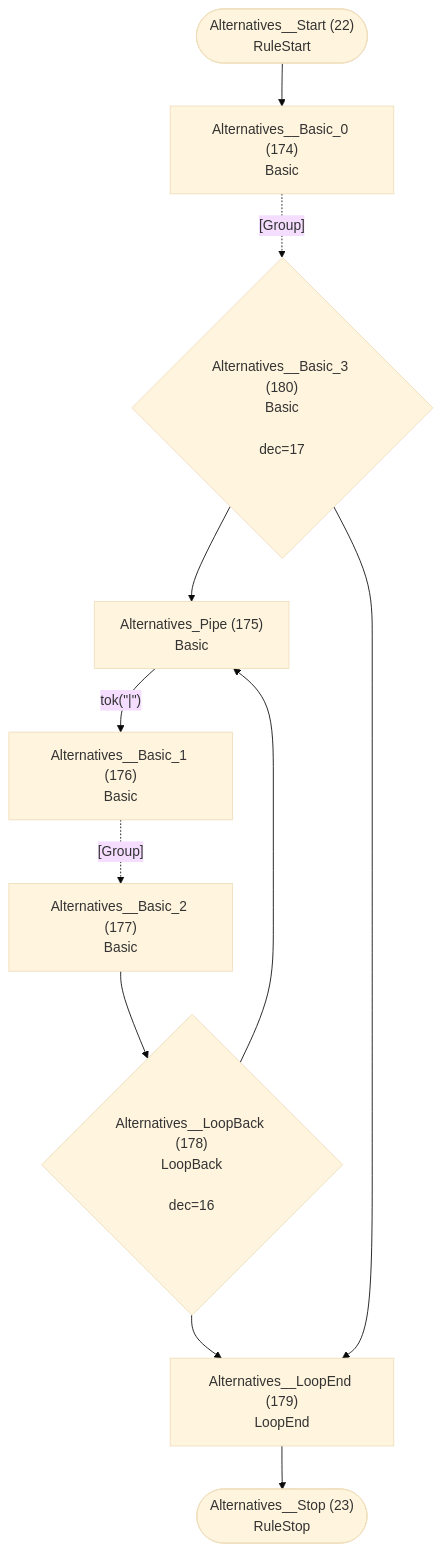
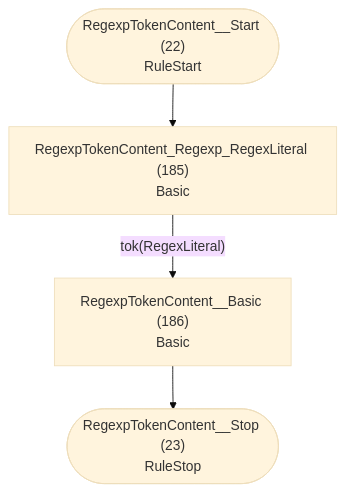
Diagram 12 of 40 in internal/grammar/atn.md (TypeFox/fastbelt), drawn with Mermaid (base theme) before and after one commit. The commit also changed other lines of this file and 84 other files, not shown here.

````diff
--- a/internal/grammar/atn.md
+++ b/internal/grammar/atn.md
@@ -371,23 +348,11 @@
 ```mermaid
 flowchart TD
-    q22(["Alternatives__Start (22)<br/>RuleStart"])
-    q23(["Alternatives__Stop (23)<br/>RuleStop"])
-    q174["Alternatives__Basic_0 (174)<br/>Basic<br/>"]
-    q175["Alternatives_Pipe (175)<br/>Basic<br/>"]
-    q176["Alternatives__Basic_1 (176)<br/>Basic<br/>"]
-    q177["Alternatives__Basic_2 (177)<br/>Basic<br/>"]
-    q178{"Alternatives__LoopBack (178)<br/>LoopBack<br/><br/>dec=16"}
-    q179["Alternatives__LoopEnd (179)<br/>LoopEnd<br/>"]
-    q180{"Alternatives__Basic_3 (180)<br/>Basic<br/><br/>dec=17"}
+    q22(["RegexpTokenContent__Start (22)<br/>RuleStart"])
+    q23(["RegexpTokenContent__Stop (23)<br/>RuleStop"])
+    q185["RegexpTokenContent_Regexp_RegexLiteral (185)<br/>Basic<br/>"]
+    q186["RegexpTokenContent__Basic (186)<br/>Basic<br/>"]
 
-    q22 --> q174
-    q174 -.->|"[Group]"| q180
-    q175 -->|"tok(&quot;|&quot;)"| q176
-    q176 -.->|"[Group]"| q177
-    q177 --> q178
-    q178 --> q175
-    q178 --> q179
-    q179 --> q23
-    q180 --> q175
-    q180 --> q179
+    q22 --> q185
+    q185 -->|"tok(RegexLiteral)"| q186
+    q186 --> q23
 ```
````
